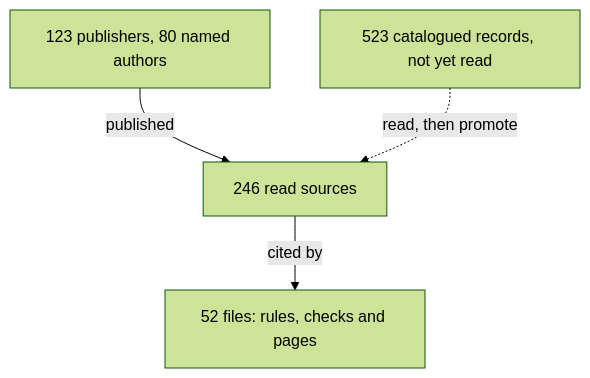
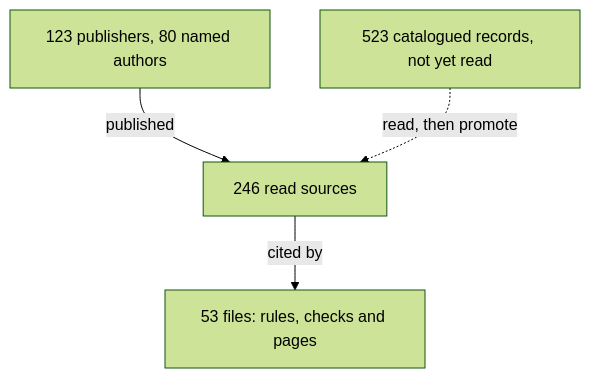
Before and after one commit to Valpatel/cad-agent: the diagram in docs/practice/experts.md, drawn with Mermaid (forest theme). The commit also changed other lines of this file and 8 other files, not shown here.

Commit message:
docs: verify thermal source editions and preserve chart provenance

````diff
--- a/docs/practice/experts.md
+++ b/docs/practice/experts.md
@@ -6,7 +6,7 @@
 ```mermaid
 flowchart TD
   P["123 publishers, 80 named authors"] -->|published| S["246 read sources"]
-  S -->|cited by| U["52 files: rules, checks and pages"]
+  S -->|cited by| U["53 files: rules, checks and pages"]
   C["523 catalogued records, not yet read"] -.->|read, then promote| S
   class S here
 ```
````
